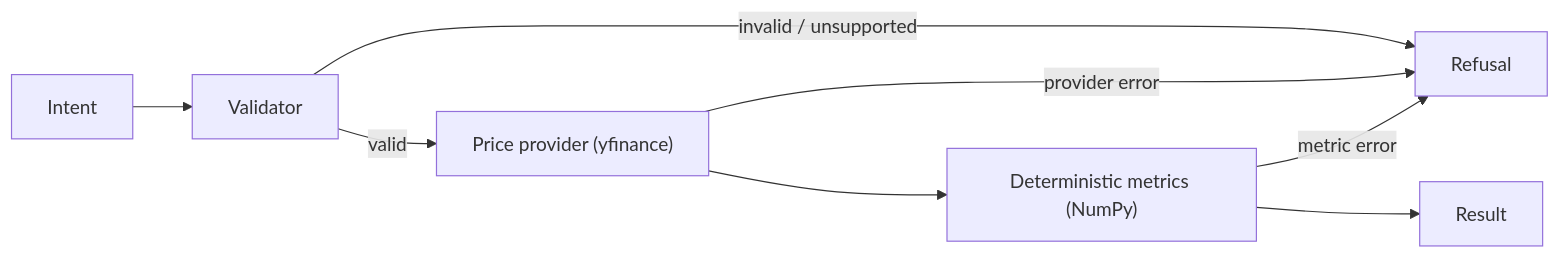
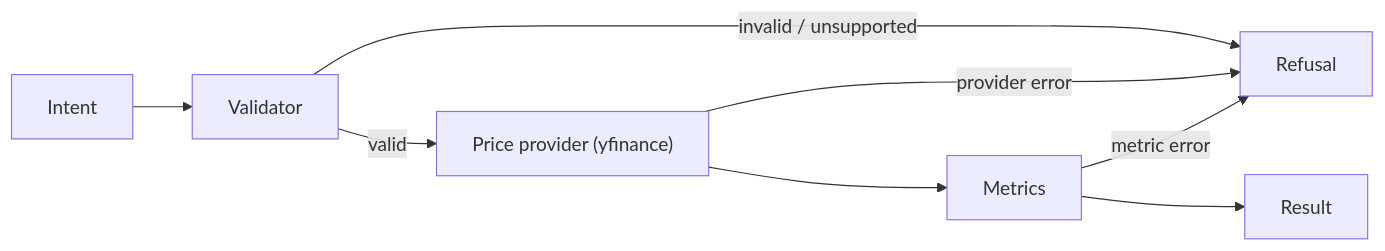
Before and after one commit to ihemmige/ai-quant-analytics-cli: the second of 2 diagrams in README.md, drawn with Mermaid.

Commit message:
Rename 'Deterministic metrics' to 'Metrics'

````diff
--- a/README.md
+++ b/README.md
@@ -53,13 +53,13 @@
 ```mermaid
 flowchart LR
   I["Intent"] --> V["Validator"]
 
   V -->|invalid / unsupported| Rf["Refusal"]
   V -->|valid| P["Price provider (yfinance)"]
 
   P -->|provider error| Rf
-  P --> M["Deterministic metrics (NumPy)"]
+  P --> M["Metrics"]
 
   M -->|metric error| Rf
   M --> Rs["Result"]
 ```
````
